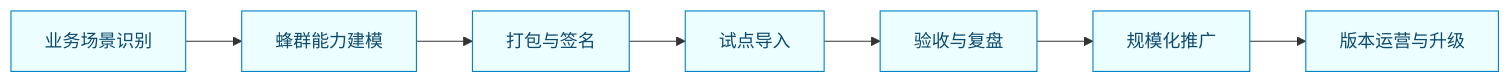
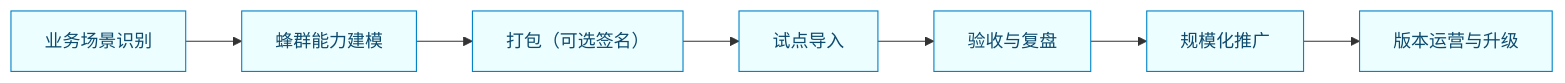
Before and after one commit to ylsdamxssjxxdd/wunder: the diagram in docs/分发/蜂群包推广手册.md, drawn with Mermaid. The commit also changed other lines of this file and 46 other files, not shown here.

````diff
--- a/docs/分发/蜂群包推广手册.md
+++ b/docs/分发/蜂群包推广手册.md
@@ -44,12 +44,12 @@
 ```mermaid
 flowchart LR
     A[业务场景识别] --> B[蜂群能力建模]
-    B --> C[打包与签名]
+    B --> C[打包（可选签名）]
     C --> D[试点导入]
     D --> E[验收与复盘]
     E --> F[规模化推广]
     F --> G[版本运营与升级]
 
     classDef step fill:#ECFEFF,stroke:#0284C7,stroke-width:1px,color:#0C4A6E;
     class A,B,C,D,E,F,G step;
 ```
````
